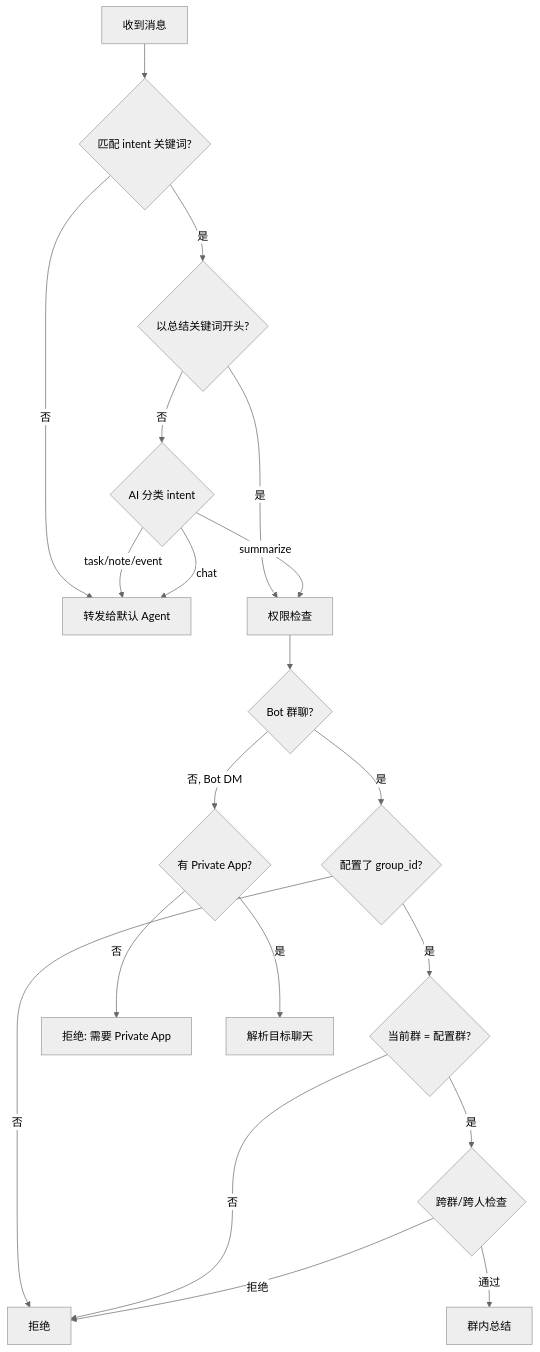
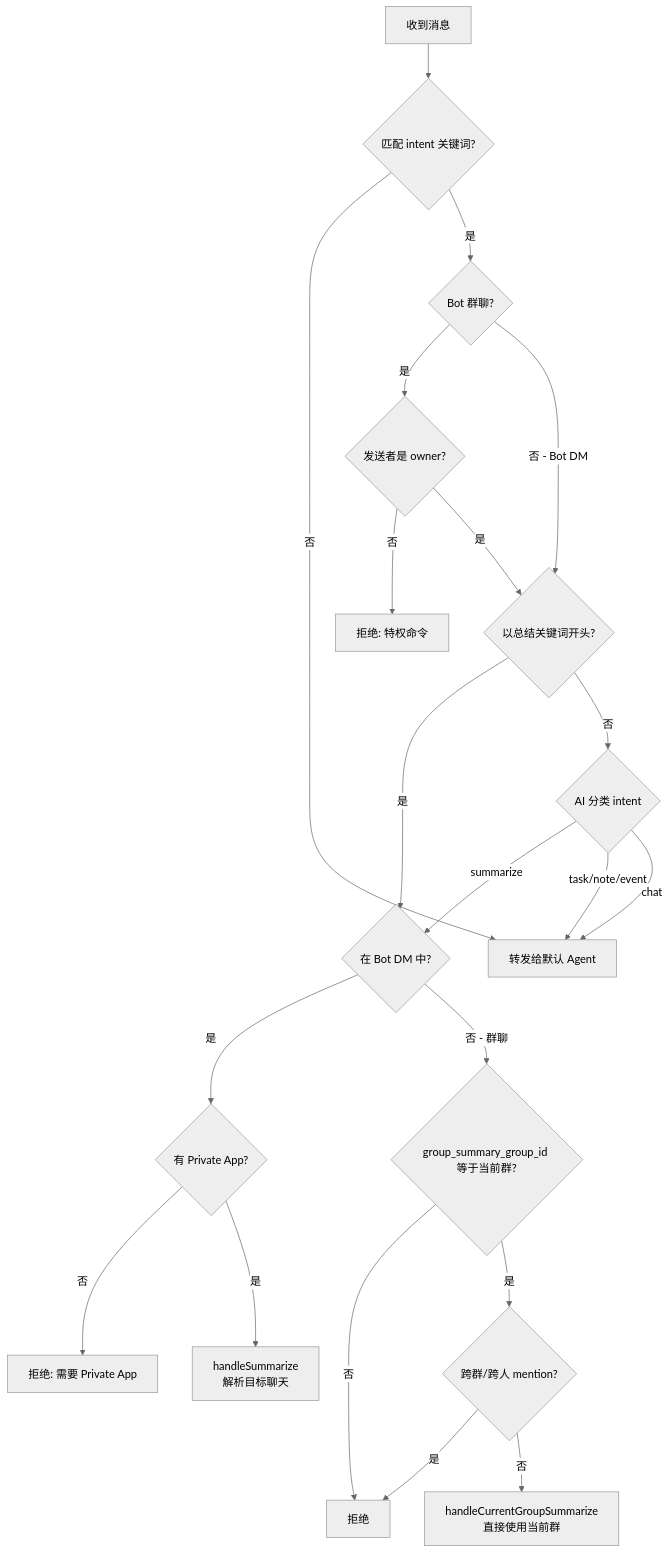
Before and after one commit to ringclaw/ringclaw: the first of 3 diagrams in docs/zh/features/summarize.md, drawn with Mermaid (neutral theme). The commit also changed 8 other files, not shown here.

First line of the commit message:
docs: refresh mermaid diagrams and restructure site nav

````diff
--- a/docs/zh/features/summarize.md
+++ b/docs/zh/features/summarize.md
@@ -21,22 +21,23 @@
 ```mermaid
 flowchart TD
     Msg[收到消息] --> Trigger{匹配 intent 关键词?}
     Trigger -->|否| Agent[转发给默认 Agent]
-    Trigger -->|是| Keyword{以总结关键词开头?}
-    Keyword -->|是| Perm[权限检查]
+    Trigger -->|是| BotGroup{Bot 群聊?}
+    BotGroup -->|是| Owner{发送者是 owner?}
+    Owner -->|否| Block[拒绝: 特权命令]
+    Owner -->|是| Keyword{以总结关键词开头?}
+    BotGroup -->|否 - Bot DM| Keyword
+    Keyword -->|是| DMCheck{在 Bot DM 中?}
     Keyword -->|否| AI{AI 分类 intent}
-    AI -->|summarize| Perm
+    AI -->|summarize| DMCheck
     AI -->|task/note/event| Agent
     AI -->|chat| Agent
-    Perm --> BotGroup{Bot 群聊?}
-    BotGroup -->|否, Bot DM| PrivApp{有 Private App?}
-    BotGroup -->|是| GroupCfg{配置了 group_id?}
+    DMCheck -->|是| PrivApp{有 Private App?}
+    DMCheck -->|否 - 群聊| GroupCfg{group_summary_group_id 等于当前群?}
     GroupCfg -->|否| Deny[拒绝]
-    GroupCfg -->|是| GroupMatch{当前群 = 配置群?}
-    GroupMatch -->|否| Deny
-    GroupMatch -->|是| CrossCheck{跨群/跨人检查}
-    CrossCheck -->|通过| GroupSum[群内总结]
-    CrossCheck -->|拒绝| Deny
+    GroupCfg -->|是| CrossCheck{跨群/跨人 mention?}
+    CrossCheck -->|是| Deny
+    CrossCheck -->|否| GroupSum[handleCurrentGroupSummarize<br/>直接使用当前群]
     PrivApp -->|否| Deny2[拒绝: 需要 Private App]
-    PrivApp -->|是| Resolve[解析目标聊天]
+    PrivApp -->|是| Resolve[handleSummarize<br/>解析目标聊天]
 ```
````
